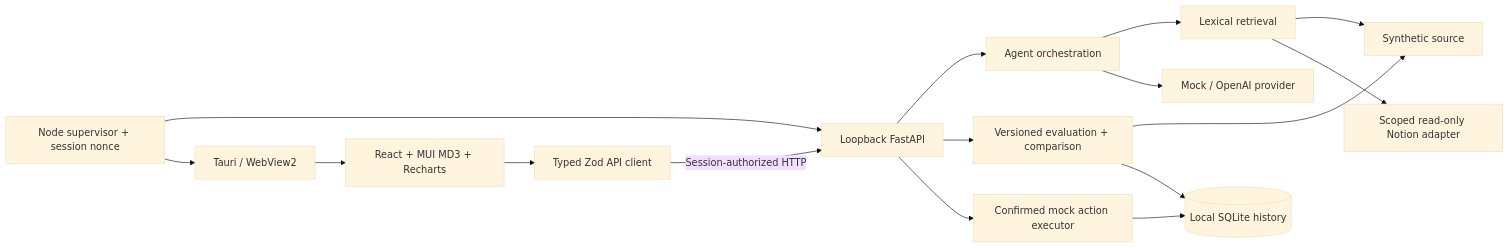
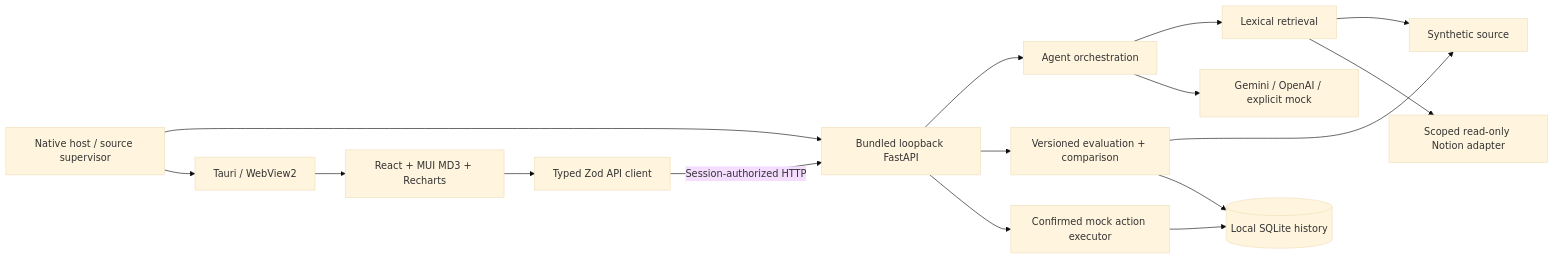
The diagram in docs/architecture.md (codejoetheduke/agent-reliability-lab), drawn with Mermaid (base theme) before and after one commit. The commit also changed other lines of this file and 75 other files, not shown here.

Commit message:
feat: ship live Gemini desktop with bundled backend and release gates

````diff
--- a/docs/architecture.md
+++ b/docs/architecture.md
@@ -3,18 +3,18 @@
 ```mermaid
 flowchart LR
-  Launcher[Node supervisor + session nonce] --> Python[Loopback FastAPI]
+  Launcher[Native host / source supervisor] --> Python[Bundled loopback FastAPI]
   Launcher --> Tauri[Tauri / WebView2]
   Tauri --> React[React + MUI MD3 + Recharts]
   React --> Client[Typed Zod API client]
   Client -->|Session-authorized HTTP| Python
   Python --> Agent[Agent orchestration]
   Agent --> Retrieval[Lexical retrieval]
   Retrieval --> Synthetic[Synthetic source]
   Retrieval --> Notion[Scoped read-only Notion adapter]
-  Agent --> Provider[Mock / OpenAI provider]
+  Agent --> Provider[Gemini / OpenAI / explicit mock]
   Python --> Evaluation[Versioned evaluation + comparison]
   Evaluation --> Synthetic
   Evaluation --> SQLite[(Local SQLite history)]
   Python --> Actions[Confirmed mock action executor]
   Actions --> SQLite
 ```
````
